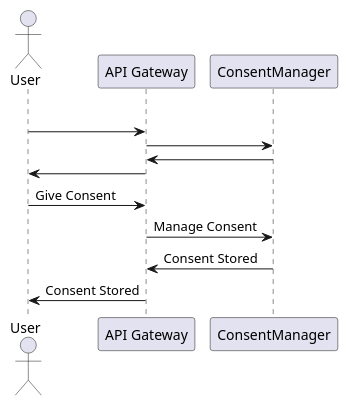
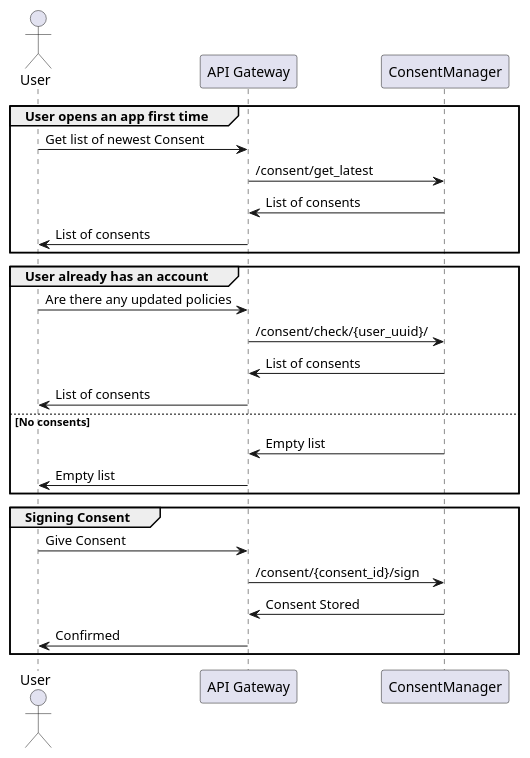
Before and after one commit to msfs11/ConsentManager: the diagram in docs/sequence.puml, drawn with PlantUML. The commit also changed 1 other file, not shown here.

Commit message:
Added ER diagram

```diff
--- a/docs/sequence.puml
+++ b/docs/sequence.puml
@@ -1,18 +1,31 @@
 @startuml
 actor User as user
 
 participant "API Gateway" as api
 participant "ConsentManager" as cm
 
-alt
-user -> api: 
-api -> cm: 
-cm -> api: 
-api -> user: 
+group User opens an app first time
+user -> api: Get list of newest Consent
+api -> cm: /consent/get_latest
+cm -> api: List of consents
+api -> user: List of consents
+end
 
+group User already has an account
+user -> api: Are there any updated policies
+api -> cm: /consent/check/{user_uuid}/
+cm -> api: List of consents
+api -> user: List of consents
+else No consents
+cm -> api: Empty list
+api -> user: Empty list 
+end
+
+group Signing Consent
 user -> api: Give Consent
-api -> cm: Manage Consent
+api -> cm: /consent/{consent_id}/sign
 cm -> api: Consent Stored
-api -> user: Consent Stored
+api -> user: Confirmed
+end
 
 @enduml
```
